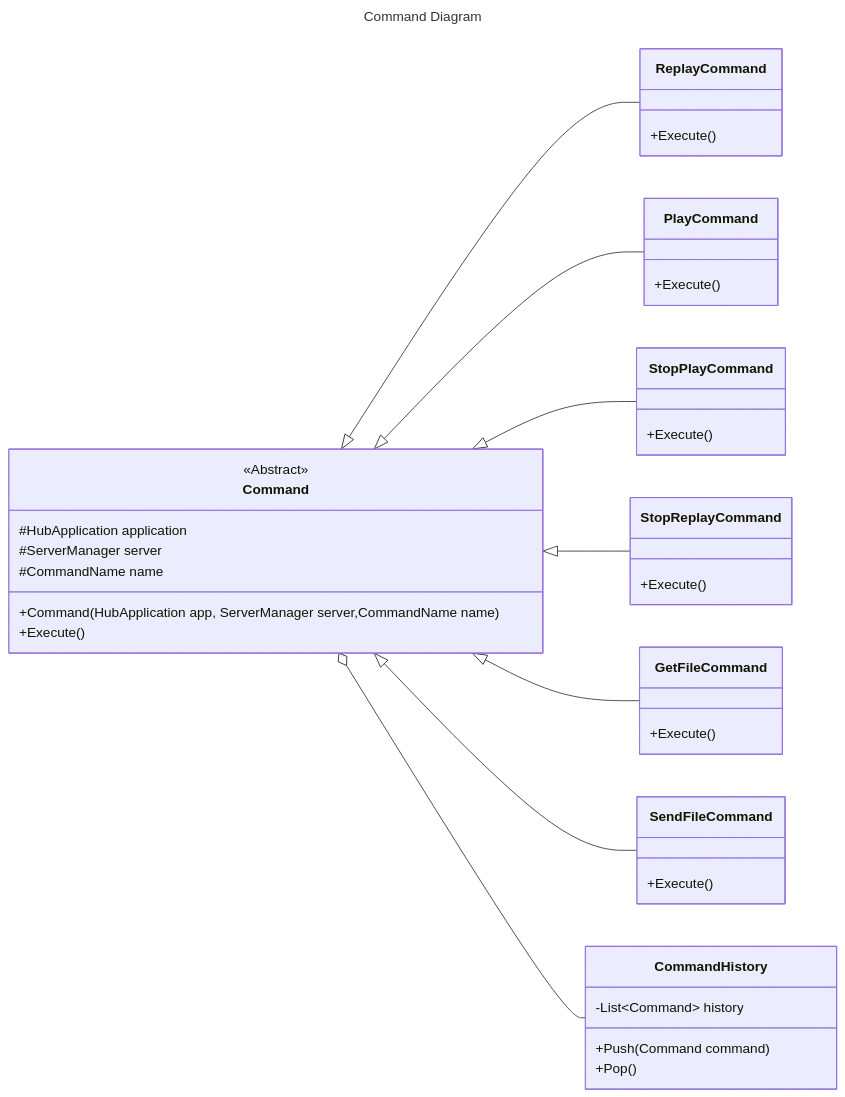
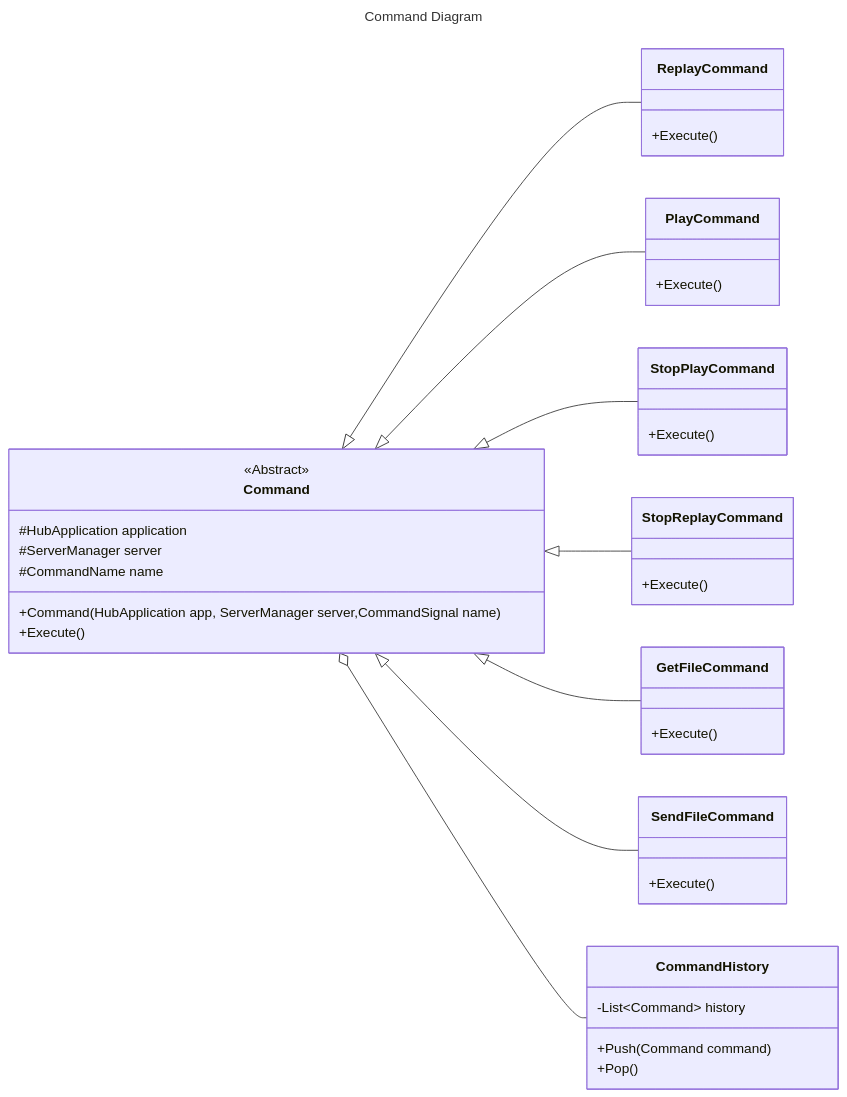
The second of 3 diagrams in sniffer_vault/Architecture/Sniffer Hub.md (cmcm21/QAUnityTool), drawn with Mermaid before and after one commit. The commit also changed other lines of this file and 9 other files, not shown here.

````diff
--- a/sniffer_vault/Architecture/Sniffer Hub.md
+++ b/sniffer_vault/Architecture/Sniffer Hub.md
@@ -55,55 +59,55 @@
 ```mermaid
 ---
 title: Command Diagram
 ---
 classDiagram
 direction LR
 class Command{
 <<Abstract>>
 	#HubApplication application
 	#ServerManager server 
 	#CommandName name
-	+Command(HubApplication app, ServerManager server,CommandName name)	 
+	+Command(HubApplication app, ServerManager server,CommandSignal name)	 
 	+Execute()
 }
 
 
 class ReplayCommand{
 	+Execute()
 }
 
 class PlayCommand{
 	+Execute()
 }
 
 class StopPlayCommand{
 	+Execute()
 }
 
 class StopReplayCommand{
 	+Execute()
 }
 
 class GetFileCommand{
 	+Execute()
 }
 
 class SendFileCommand{
 	+Execute()
 }
 
 class CommandHistory{
 	-List~Command~ history
 	 +Push(Command command)
 	 +Pop()
 }
 
 Command <|--ReplayCommand
 Command <|--PlayCommand
 Command <|--StopPlayCommand
 Command <|--StopReplayCommand
 Command <|--GetFileCommand
 Command <|--SendFileCommand
 Command o--CommandHistory
 
 ```
````
